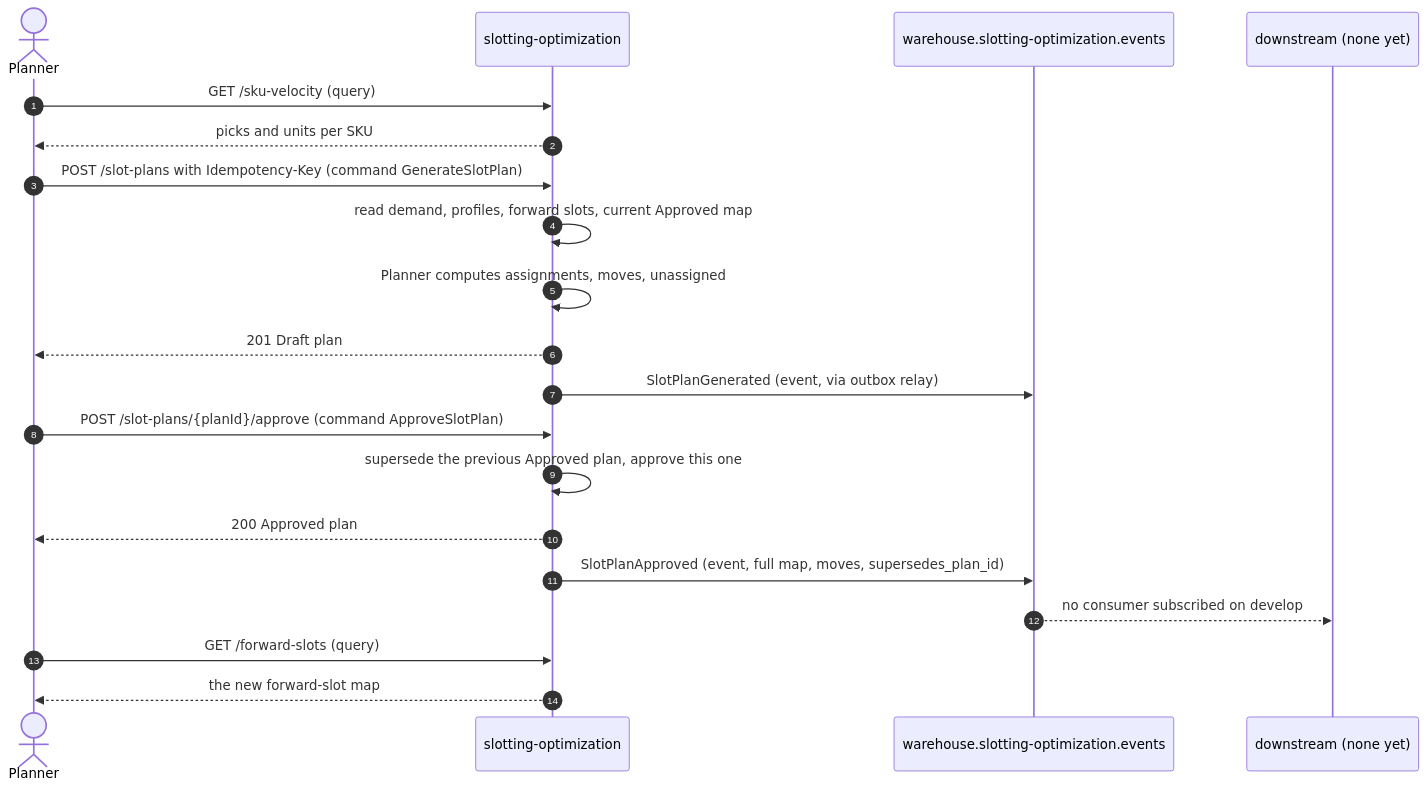
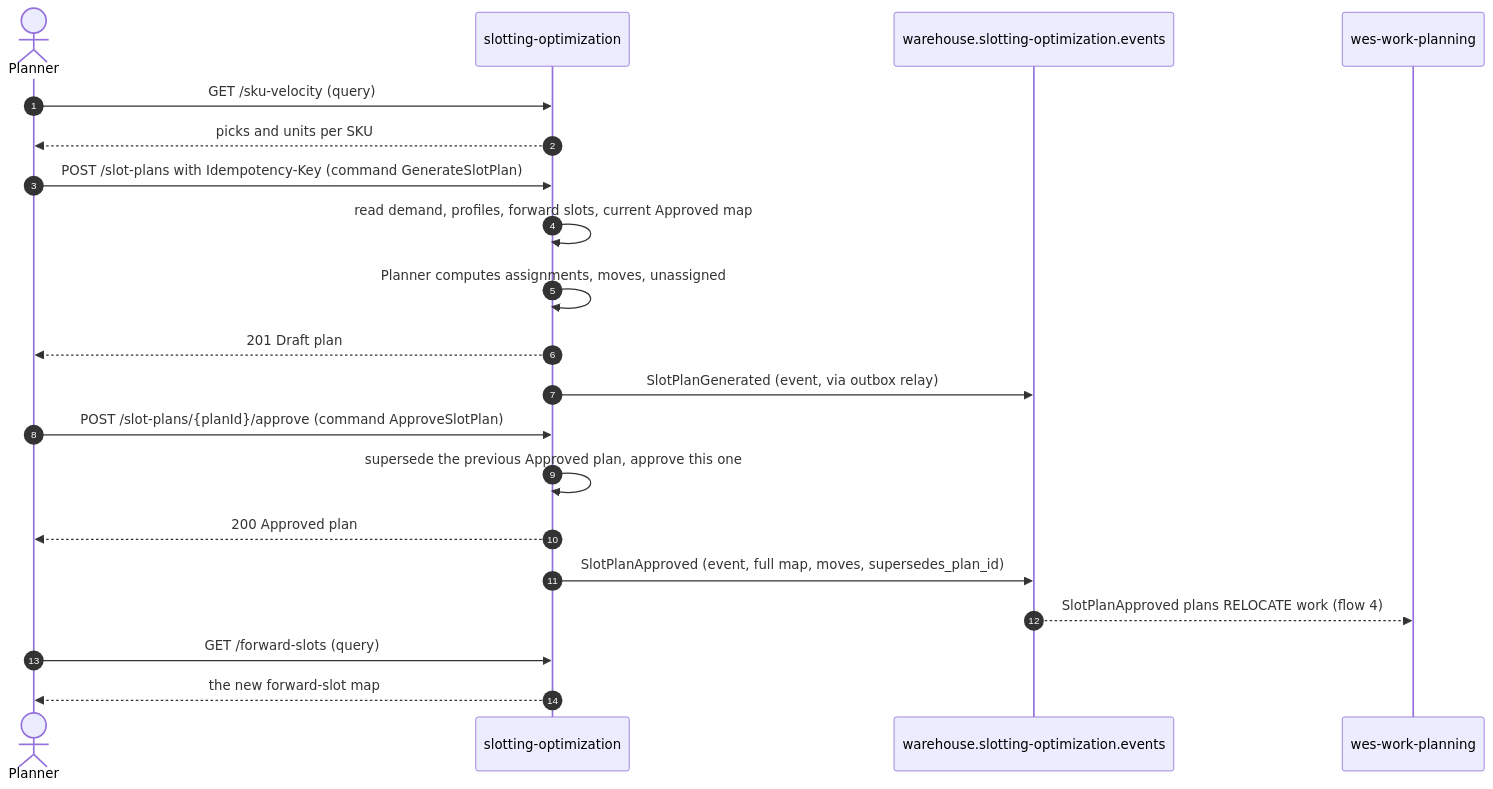
The second of 5 diagrams in docs/docs/ddd/domain-message-flow.md (IQVO/slotting-optimization), drawn with Mermaid before and after one commit. The commit also changed other lines of this file and 30 other files, not shown here.

````diff
--- a/docs/docs/ddd/domain-message-flow.md
+++ b/docs/docs/ddd/domain-message-flow.md
@@ -44,22 +44,22 @@
 ```mermaid
 sequenceDiagram
     autonumber
     actor P as Planner
     participant SO as slotting-optimization
     participant K as warehouse.slotting-optimization.events
-    participant D as downstream (none yet)
+    participant D as wes-work-planning
     P->>SO: GET /sku-velocity (query)
     SO-->>P: picks and units per SKU
     P->>SO: POST /slot-plans with Idempotency-Key (command GenerateSlotPlan)
     SO->>SO: read demand, profiles, forward slots, current Approved map
     SO->>SO: Planner computes assignments, moves, unassigned
     SO-->>P: 201 Draft plan
     SO->>K: SlotPlanGenerated (event, via outbox relay)
     P->>SO: POST /slot-plans/{planId}/approve (command ApproveSlotPlan)
     SO->>SO: supersede the previous Approved plan, approve this one
     SO-->>P: 200 Approved plan
     SO->>K: SlotPlanApproved (event, full map, moves, supersedes_plan_id)
-    K-->>D: no consumer subscribed on develop
+    K-->>D: SlotPlanApproved plans RELOCATE work (flow 4)
     P->>SO: GET /forward-slots (query)
     SO-->>P: the new forward-slot map
 ```
````
